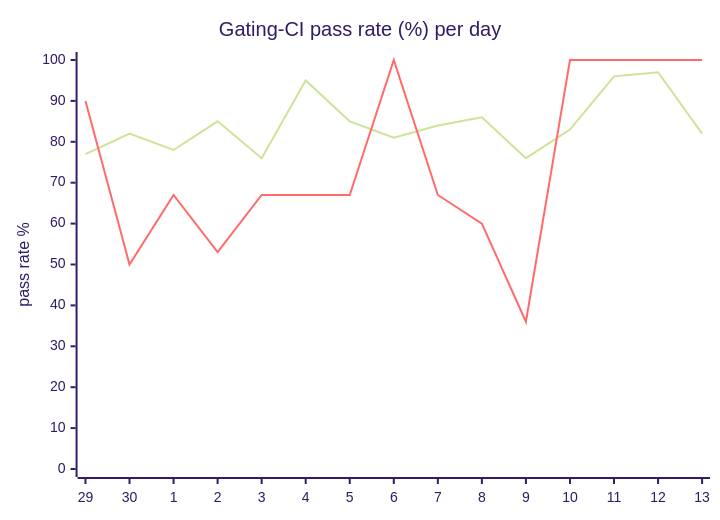
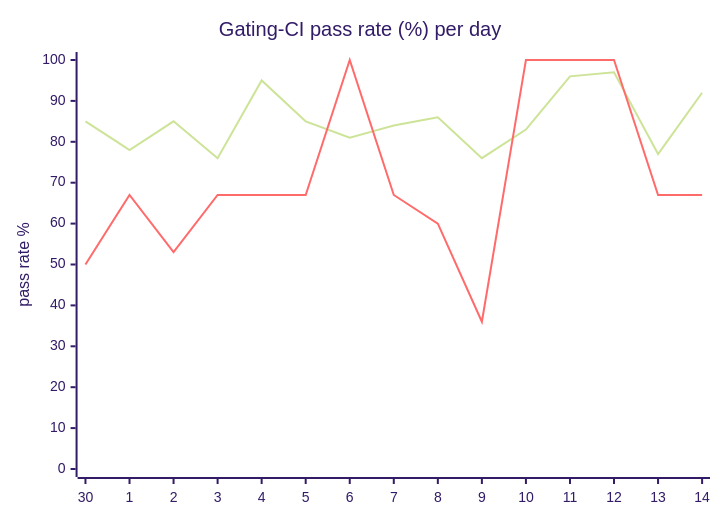
One commit to hatchet-dev/hatchet changed the diagram in hack/ci/ci-dashboard/staging/issue.md. Above: the diagram before and after it, drawn with Mermaid (forest theme). The commit also changed other lines of this file, not shown here.

````diff
--- a/hack/ci/ci-dashboard/staging/issue.md
+++ b/hack/ci/ci-dashboard/staging/issue.md
@@ -9,8 +9,8 @@
 ```mermaid
 xychart-beta
   title "Gating-CI pass rate (%) per day"
-  x-axis [29, 30, 1, 2, 3, 4, 5, 6, 7, 8, 9, 10, 11, 12, 13]
+  x-axis [30, 1, 2, 3, 4, 5, 6, 7, 8, 9, 10, 11, 12, 13, 14]
   y-axis "pass rate %" 0 --> 100
-  line "CI" [77, 82, 78, 85, 76, 95, 85, 81, 84, 86, 76, 83, 96, 97, 82]
-  line "main" [90, 50, 67, 53, 67, 67, 67, 100, 67, 60, 36, 100, 100, 100, 100]
+  line "CI" [85, 78, 85, 76, 95, 85, 81, 84, 86, 76, 83, 96, 97, 77, 92]
+  line "main" [50, 67, 53, 67, 67, 67, 100, 67, 60, 36, 100, 100, 100, 67, 67]
 ```
````
